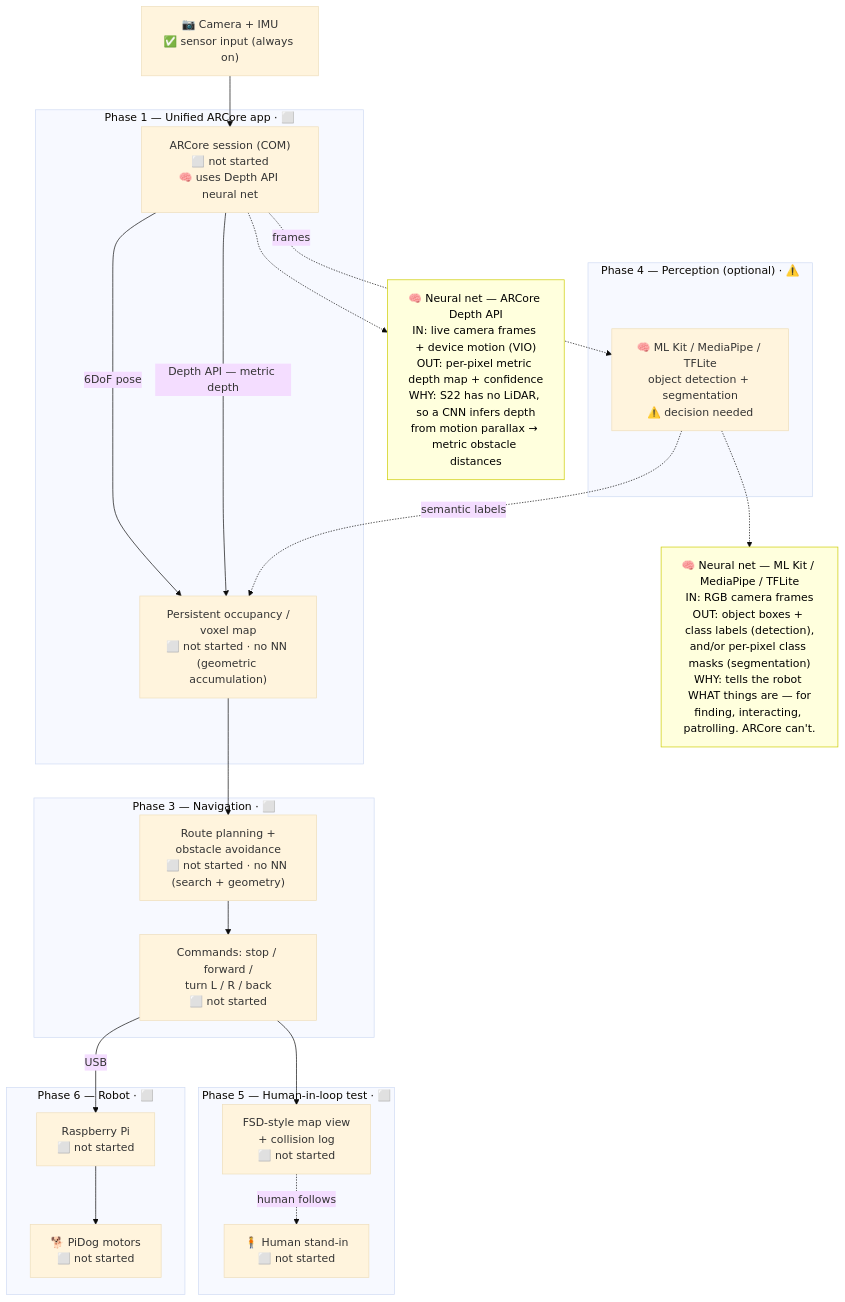
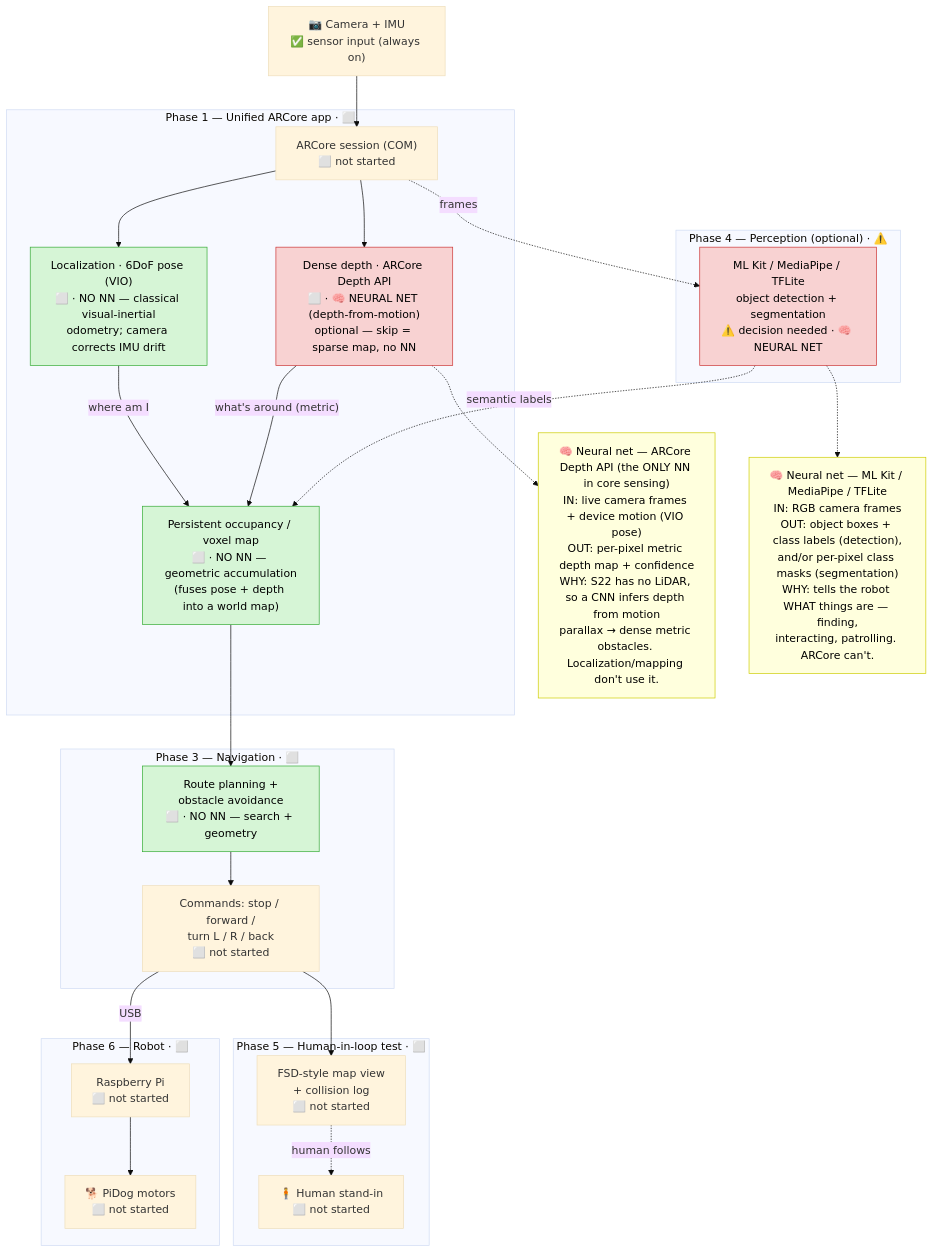
One commit to alexbhandari/pidog-public changed the first of 2 diagrams in PROJECT_PLAN.md. Above: the diagram before and after it, drawn with Mermaid (base theme). The commit also changed other lines of this file, not shown here.

Commit message:
sync PROJECT_PLAN.md (2026-06-19)

````diff
--- a/PROJECT_PLAN.md
+++ b/PROJECT_PLAN.md
@@ -17,48 +17,56 @@
 ```mermaid
 flowchart TD
     CAM["📷 Camera + IMU<br/>✅ sensor input (always on)"]
 
     subgraph P1["Phase 1 — Unified ARCore app · ⬜"]
-        ARCORE["ARCore session (COM)<br/>⬜ not started<br/>🧠 uses Depth API neural net"]
-        MAP["Persistent occupancy /<br/>voxel map<br/>⬜ not started · no NN (geometric accumulation)"]
+        ARCORE["ARCore session (COM)<br/>⬜ not started"]
+        POSE["Localization · 6DoF pose (VIO)<br/>⬜ · NO NN — classical visual-inertial<br/>odometry; camera corrects IMU drift"]
+        DEPTH["Dense depth · ARCore Depth API<br/>⬜ · 🧠 NEURAL NET (depth-from-motion)<br/>optional — skip = sparse map, no NN"]
+        MAP["Persistent occupancy / voxel map<br/>⬜ · NO NN — geometric accumulation<br/>(fuses pose + depth into a world map)"]
     end
 
     subgraph P4["Phase 4 — Perception (optional) · ⚠️"]
-        ML["🧠 ML Kit / MediaPipe / TFLite<br/>object detection + segmentation<br/>⚠️ decision needed"]
+        ML["ML Kit / MediaPipe / TFLite<br/>object detection + segmentation<br/>⚠️ decision needed · 🧠 NEURAL NET"]
     end
 
     subgraph P3["Phase 3 — Navigation · ⬜"]
-        PLAN["Route planning +<br/>obstacle avoidance<br/>⬜ not started · no NN (search + geometry)"]
+        PLAN["Route planning +<br/>obstacle avoidance<br/>⬜ · NO NN — search + geometry"]
         CMD["Commands: stop / forward /<br/>turn L / R / back<br/>⬜ not started"]
     end
 
     subgraph P5["Phase 5 — Human-in-loop test · ⬜"]
         VIEW["FSD-style map view<br/>+ collision log<br/>⬜ not started"]
         HUMAN["🧍 Human stand-in<br/>⬜ not started"]
     end
 
     subgraph P6["Phase 6 — Robot · ⬜"]
         PI["Raspberry Pi<br/>⬜ not started"]
         DOG["🐕 PiDog motors<br/>⬜ not started"]
     end
 
     CAM --> ARCORE
-    ARCORE -->|"6DoF pose"| MAP
-    ARCORE -->|"Depth API — metric depth"| MAP
+    ARCORE --> POSE
+    ARCORE --> DEPTH
+    POSE -->|"where am I"| MAP
+    DEPTH -->|"what's around (metric)"| MAP
     ARCORE -.->|"frames"| ML
     ML -.->|"semantic labels"| MAP
     MAP --> PLAN
     PLAN --> CMD
     CMD --> VIEW
     VIEW -.->|"human follows"| HUMAN
     CMD -->|"USB"| PI
     PI --> DOG
 
-    NN1["🧠 Neural net — ARCore Depth API<br/>IN: live camera frames + device motion (VIO)<br/>OUT: per-pixel metric depth map + confidence<br/>WHY: S22 has no LiDAR, so a CNN infers depth<br/>from motion parallax → metric obstacle distances"]
-    NN2["🧠 Neural net — ML Kit / MediaPipe / TFLite<br/>IN: RGB camera frames<br/>OUT: object boxes + class labels (detection),<br/>and/or per-pixel class masks (segmentation)<br/>WHY: tells the robot WHAT things are — for<br/>finding, interacting, patrolling. ARCore can't."]
-    ARCORE -.-> NN1
+    NN1["🧠 Neural net — ARCore Depth API (the ONLY NN in core sensing)<br/>IN: live camera frames + device motion (VIO pose)<br/>OUT: per-pixel metric depth map + confidence<br/>WHY: S22 has no LiDAR, so a CNN infers depth from motion<br/>parallax → dense metric obstacles. Localization/mapping don't use it."]
+    NN2["🧠 Neural net — ML Kit / MediaPipe / TFLite<br/>IN: RGB camera frames<br/>OUT: object boxes + class labels (detection),<br/>and/or per-pixel class masks (segmentation)<br/>WHY: tells the robot WHAT things are — finding,<br/>interacting, patrolling. ARCore can't."]
+    DEPTH -.-> NN1
     ML -.-> NN2
 
     classDef note fill:#ffd,stroke:#cc0,color:#000;
+    classDef nonn fill:#d6f5d6,stroke:#3a3,color:#000;
+    classDef nn fill:#f8d2d2,stroke:#c33,color:#000;
     class NN1,NN2 note;
+    class POSE,MAP,PLAN nonn;
+    class DEPTH,ML nn;
 ```
````
